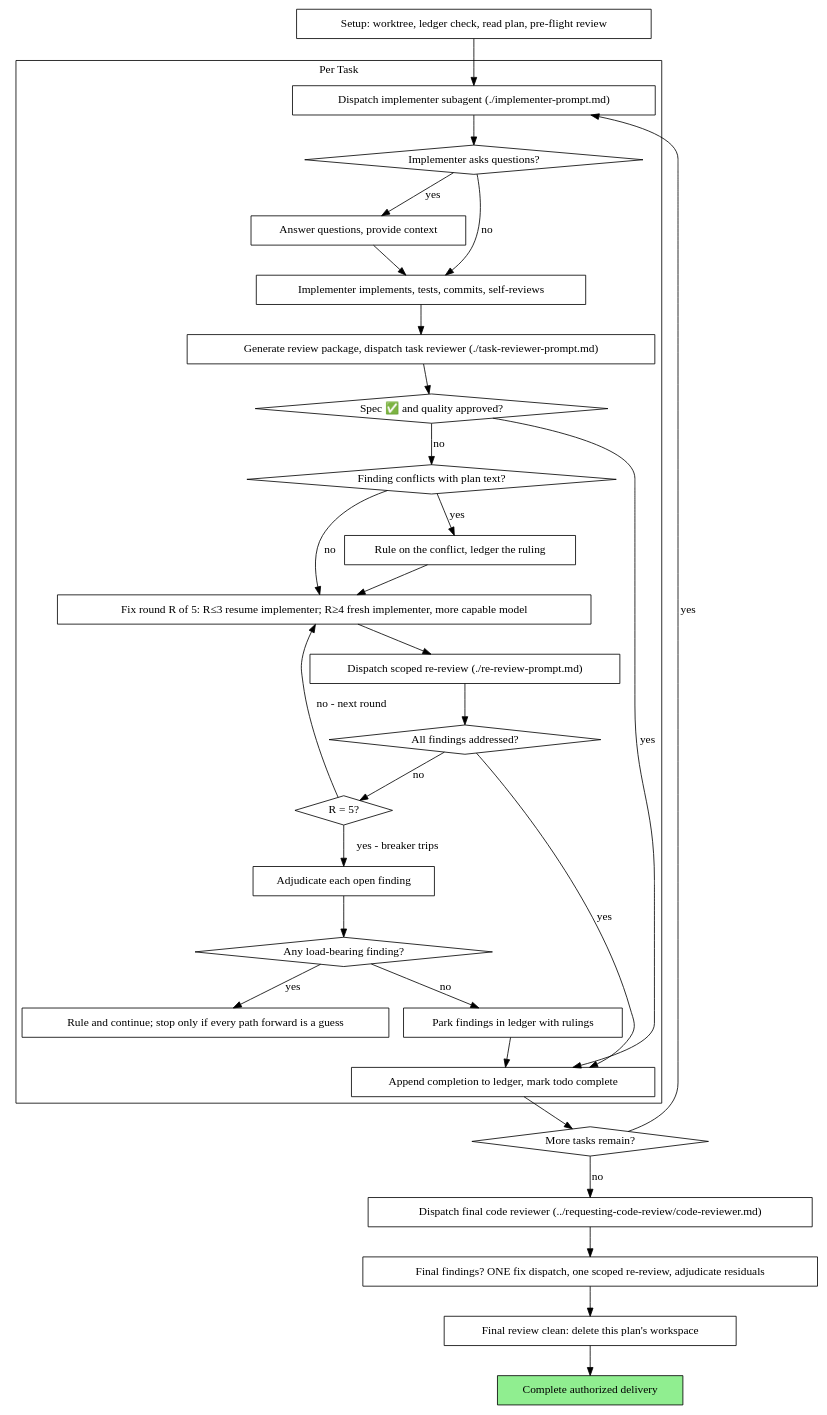
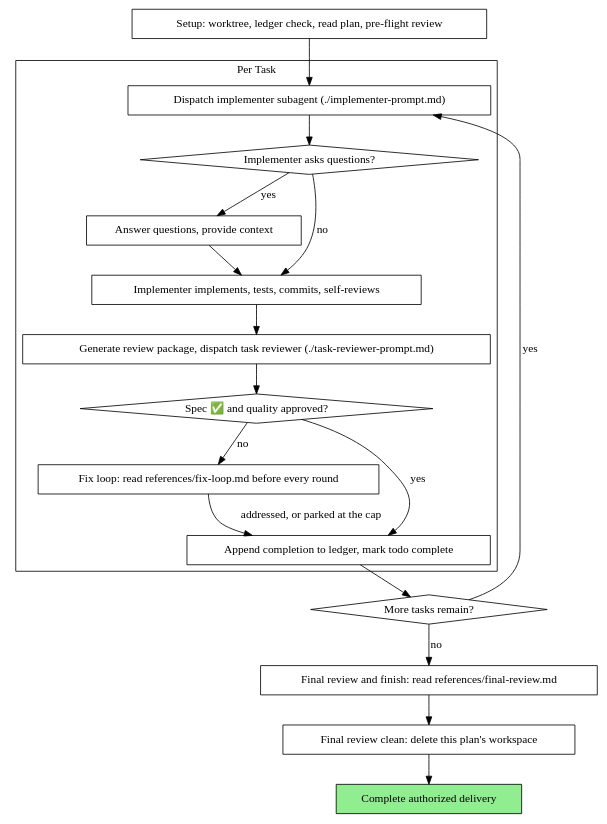
Before and after one commit to Pronesti/agent-skills: the second of 2 diagrams in skills/subagent-driven-development/SKILL.md, drawn with Graphviz. The commit also changed other lines of this file and 117 other files, not shown here.

````diff
--- a/skills/subagent-driven-development/SKILL.md
+++ b/skills/subagent-driven-development/SKILL.md
@@ -65,62 +65,39 @@
 ```dot
 digraph process {
     rankdir=TB;
 
     subgraph cluster_per_task {
         label="Per Task";
         "Dispatch implementer subagent (./implementer-prompt.md)" [shape=box];
         "Implementer asks questions?" [shape=diamond];
         "Answer questions, provide context" [shape=box];
         "Implementer implements, tests, commits, self-reviews" [shape=box];
         "Generate review package, dispatch task reviewer (./task-reviewer-prompt.md)" [shape=box];
         "Spec ✅ and quality approved?" [shape=diamond];
-        "Finding conflicts with plan text?" [shape=diamond];
-        "Rule on the conflict, ledger the ruling" [shape=box];
-        "Fix round R of 5: R≤3 resume implementer; R≥4 fresh implementer, more capable model" [shape=box];
-        "Dispatch scoped re-review (./re-review-prompt.md)" [shape=box];
-        "All findings addressed?" [shape=diamond];
-        "R = 5?" [shape=diamond];
-        "Adjudicate each open finding" [shape=box];
-        "Any load-bearing finding?" [shape=diamond];
-        "Rule and continue; stop only if every path forward is a guess" [shape=box];
-        "Park findings in ledger with rulings" [shape=box];
+        "Fix loop: read references/fix-loop.md before every round" [shape=box];
         "Append completion to ledger, mark todo complete" [shape=box];
     }
 
     "Setup: worktree, ledger check, read plan, pre-flight review" [shape=box];
     "More tasks remain?" [shape=diamond];
-    "Dispatch final code reviewer (../requesting-code-review/code-reviewer.md)" [shape=box];
-    "Final findings? ONE fix dispatch, one scoped re-review, adjudicate residuals" [shape=box];
+    "Final review and finish: read references/final-review.md" [shape=box];
     "Final review clean: delete this plan's workspace" [shape=box];
     "Complete authorized delivery" [shape=box style=filled fillcolor=lightgreen];
 
     "Setup: worktree, ledger check, read plan, pre-flight review" -> "Dispatch implementer subagent (./implementer-prompt.md)";
     "Dispatch implementer subagent (./implementer-prompt.md)" -> "Implementer asks questions?";
     "Implementer asks questions?" -> "Answer questions, provide context" [label="yes"];
     "Answer questions, provide context" -> "Implementer implements, tests, commits, self-reviews";
     "Implementer asks questions?" -> "Implementer implements, tests, commits, self-reviews" [label="no"];
     "Implementer implements, tests, commits, self-reviews" -> "Generate review package, dispatch task reviewer (./task-reviewer-prompt.md)";
     "Generate review package, dispatch task reviewer (./task-reviewer-prompt.md)" -> "Spec ✅ and quality approved?";
     "Spec ✅ and quality approved?" -> "Append completion to ledger, mark todo complete" [label="yes"];
-    "Spec ✅ and quality approved?" -> "Finding conflicts with plan text?" [label="no"];
-    "Finding conflicts with plan text?" -> "Rule on the conflict, ledger the ruling" [label="yes"];
-    "Rule on the conflict, ledger the ruling" -> "Fix round R of 5: R≤3 resume implementer; R≥4 fresh implementer, more capable model";
-    "Finding conflicts with plan text?" -> "Fix round R of 5: R≤3 resume implementer; R≥4 fresh implementer, more capable model" [label="no"];
-    "Fix round R of 5: R≤3 resume implementer; R≥4 fresh implementer, more capable model" -> "Dispatch scoped re-review (./re-review-prompt.md)";
-    "Dispatch scoped re-review (./re-review-prompt.md)" -> "All findings addressed?";
-    "All findings addressed?" -> "Append completion to ledger, mark todo complete" [label="yes"];
-    "All findings addressed?" -> "R = 5?" [label="no"];
-    "R = 5?" -> "Fix round R of 5: R≤3 resume implementer; R≥4 fresh implementer, more capable model" [label="no - next round"];
-    "R = 5?" -> "Adjudicate each open finding" [label="yes - breaker trips"];
-    "Adjudicate each open finding" -> "Any load-bearing finding?";
-    "Any load-bearing finding?" -> "Rule and continue; stop only if every path forward is a guess" [label="yes"];
-    "Any load-bearing finding?" -> "Park findings in ledger with rulings" [label="no"];
-    "Park findings in ledger with rulings" -> "Append completion to ledger, mark todo complete";
+    "Spec ✅ and quality approved?" -> "Fix loop: read references/fix-loop.md before every round" [label="no"];
+    "Fix loop: read references/fix-loop.md before every round" -> "Append completion to ledger, mark todo complete" [label="addressed, or parked at the cap"];
     "Append completion to ledger, mark todo complete" -> "More tasks remain?";
     "More tasks remain?" -> "Dispatch implementer subagent (./implementer-prompt.md)" [label="yes"];
-    "More tasks remain?" -> "Dispatch final code reviewer (../requesting-code-review/code-reviewer.md)" [label="no"];
-    "Dispatch final code reviewer (../requesting-code-review/code-reviewer.md)" -> "Final findings? ONE fix dispatch, one scoped re-review, adjudicate residuals";
-    "Final findings? ONE fix dispatch, one scoped re-review, adjudicate residuals" -> "Final review clean: delete this plan's workspace";
+    "More tasks remain?" -> "Final review and finish: read references/final-review.md" [label="no"];
+    "Final review and finish: read references/final-review.md" -> "Final review clean: delete this plan's workspace";
     "Final review clean: delete this plan's workspace" -> "Complete authorized delivery";
 }
 ```
````
